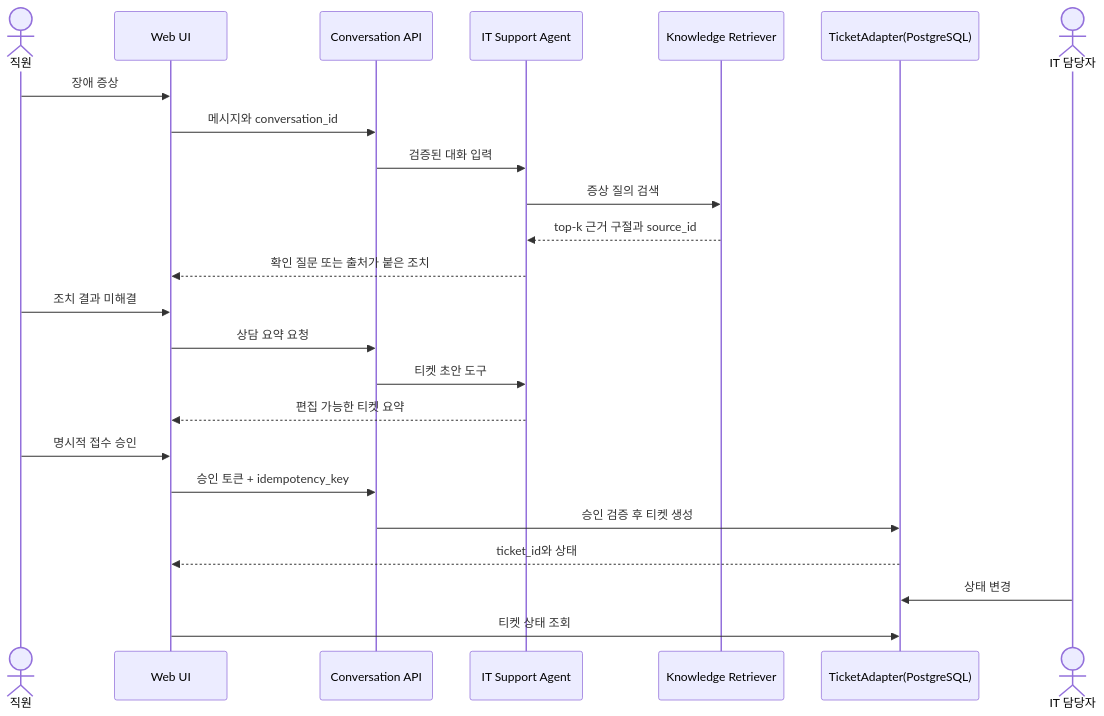
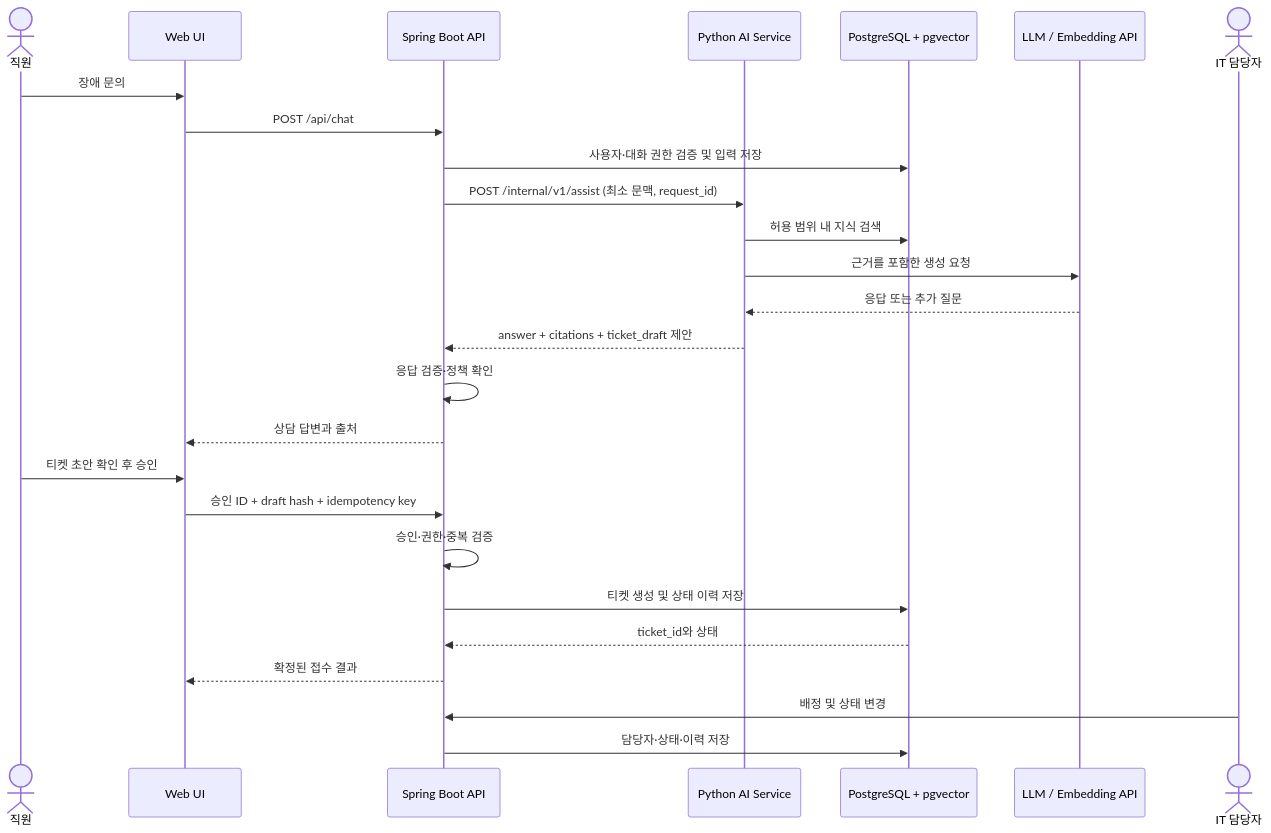
The second of 2 diagrams in docs/architecture.md (Jhanoo/hanwha_final), drawn with Mermaid before and after one commit. The commit also changed other lines of this file and 8 other files, not shown here.

````diff
--- a/docs/architecture.md
+++ b/docs/architecture.md
@@ -49,27 +65,30 @@
 ```mermaid
 sequenceDiagram
     actor E as 직원
     participant UI as Web UI
-    participant API as Conversation API
-    participant A as IT Support Agent
-    participant R as Knowledge Retriever
-    participant T as TicketAdapter(PostgreSQL)
-    actor H as IT 담당자
+    participant S as Spring Boot API
+    participant A as Python AI Service
+    participant DB as PostgreSQL + pgvector
+    participant L as LLM / Embedding API
+    actor O as IT 담당자
 
-    E->>UI: 장애 증상
-    UI->>API: 메시지와 conversation_id
-    API->>A: 검증된 대화 입력
-    A->>R: 증상 질의 검색
-    R-->>A: top-k 근거 구절과 source_id
-    A-->>UI: 확인 질문 또는 출처가 붙은 조치
-    E->>UI: 조치 결과 미해결
-    UI->>API: 상담 요약 요청
-    API->>A: 티켓 초안 도구
-    A-->>UI: 편집 가능한 티켓 요약
-    E->>UI: 명시적 접수 승인
-    UI->>API: 승인 토큰 + idempotency_key
-    API->>T: 승인 검증 후 티켓 생성
-    T-->>UI: ticket_id와 상태
-    H->>T: 상태 변경
-    UI->>T: 티켓 상태 조회
+    E->>UI: 장애 문의
+    UI->>S: POST /api/chat
+    S->>DB: 사용자·대화 권한 검증 및 입력 저장
+    S->>A: POST /internal/v1/assist (최소 문맥, request_id)
+    A->>DB: 허용 범위 내 지식 검색
+    A->>L: 근거를 포함한 생성 요청
+    L-->>A: 응답 또는 추가 질문
+    A-->>S: answer + citations + ticket_draft 제안
+    S->>S: 응답 검증·정책 확인
+    S-->>UI: 상담 답변과 출처
+
+    E->>UI: 티켓 초안 확인 후 승인
+    UI->>S: 승인 ID + draft hash + idempotency key
+    S->>S: 승인·권한·중복 검증
+    S->>DB: 티켓 생성 및 상태 이력 저장
+    DB-->>S: ticket_id와 상태
+    S-->>UI: 확정된 접수 결과
+    O->>S: 배정 및 상태 변경
+    S->>DB: 담당자·상태·이력 저장
 ```
````
